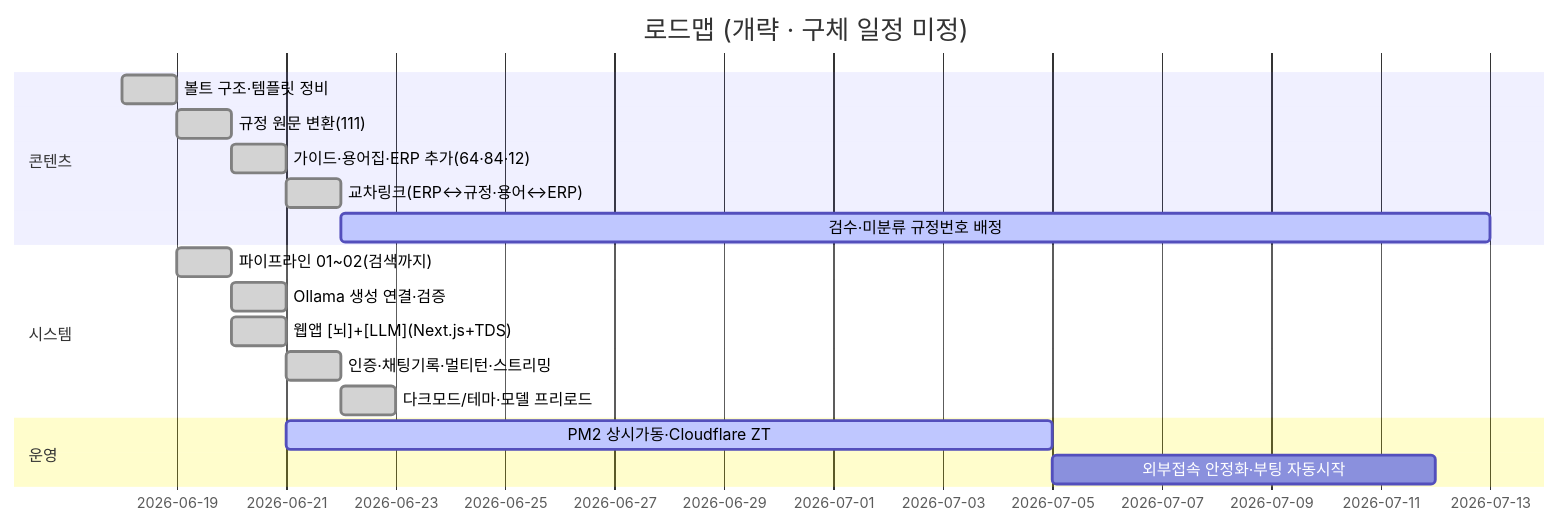
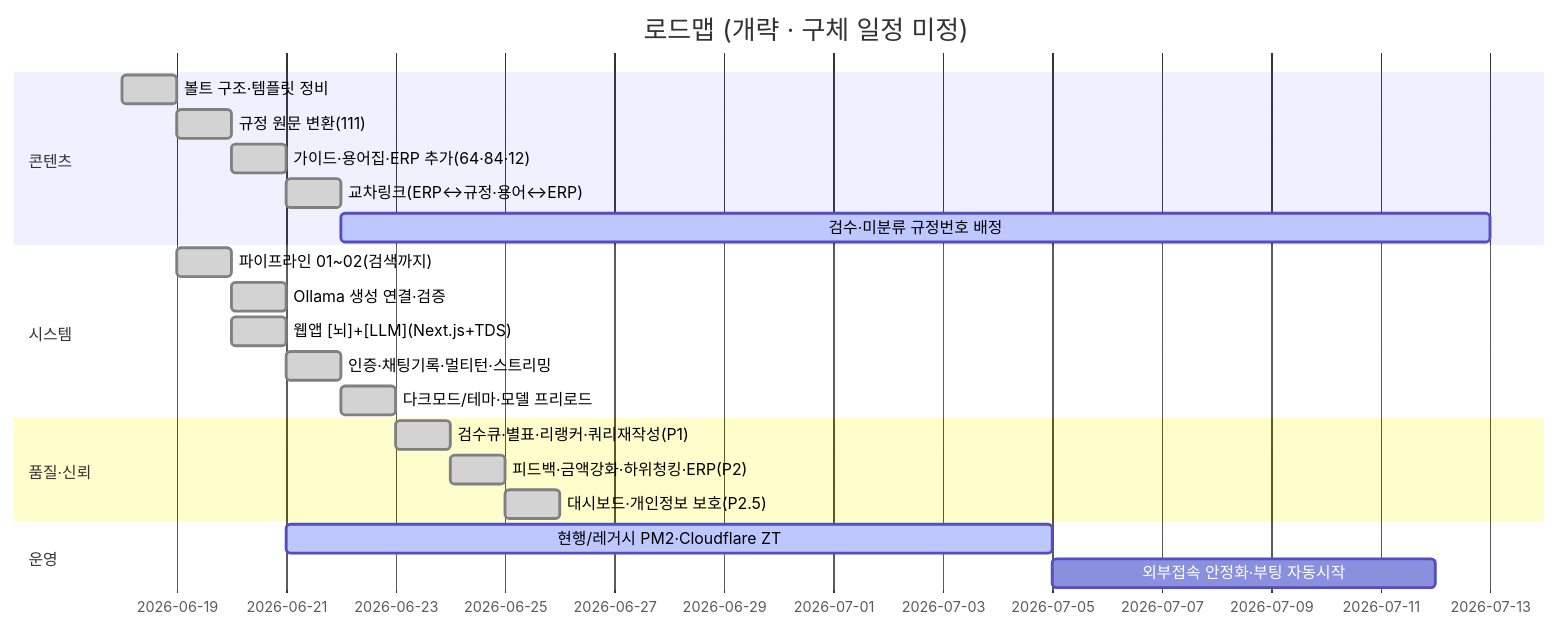
One commit to mooner92/KEIAdminSuperv changed the third of 3 diagrams in README.md. Above: the diagram before and after it, drawn with Mermaid. The commit also changed other lines of this file and 13 other files, not shown here.

````diff
--- a/README.md
+++ b/README.md
@@ -322,20 +373,24 @@
 ```mermaid
 gantt
     title 로드맵 (개략 · 구체 일정 미정)
     dateFormat YYYY-MM-DD
     section 콘텐츠
     볼트 구조·템플릿 정비             :done, a1, 2026-06-18, 1d
     규정 원문 변환(111)               :done, a2, after a1, 1d
     가이드·용어집·ERP 추가(64·84·12)  :done, a3, after a2, 1d
     교차링크(ERP↔규정·용어↔ERP)       :done, a4, after a3, 1d
     검수·미분류 규정번호 배정         :active, a5, after a4, 21d
     section 시스템
     파이프라인 01~02(검색까지)        :done, b1, after a1, 1d
     Ollama 생성 연결·검증             :done, b2, after b1, 1d
     웹앱 [뇌]+[LLM](Next.js+TDS)      :done, b3, after b1, 1d
     인증·채팅기록·멀티턴·스트리밍     :done, b4, after b3, 1d
     다크모드/테마·모델 프리로드       :done, b5, after b4, 1d
+    section 품질·신뢰
+    검수큐·별표·리랭커·쿼리재작성(P1) :done, q1, after b5, 1d
+    피드백·금액강화·하위청킹·ERP(P2)  :done, q2, after q1, 1d
+    대시보드·개인정보 보호(P2.5)      :done, q3, after q2, 1d
     section 운영
-    PM2 상시가동·Cloudflare ZT        :active, c1, after b3, 14d
+    현행/레거시 PM2·Cloudflare ZT     :active, c1, after b3, 14d
     외부접속 안정화·부팅 자동시작     :         c2, after c1, 7d
 ```
````
